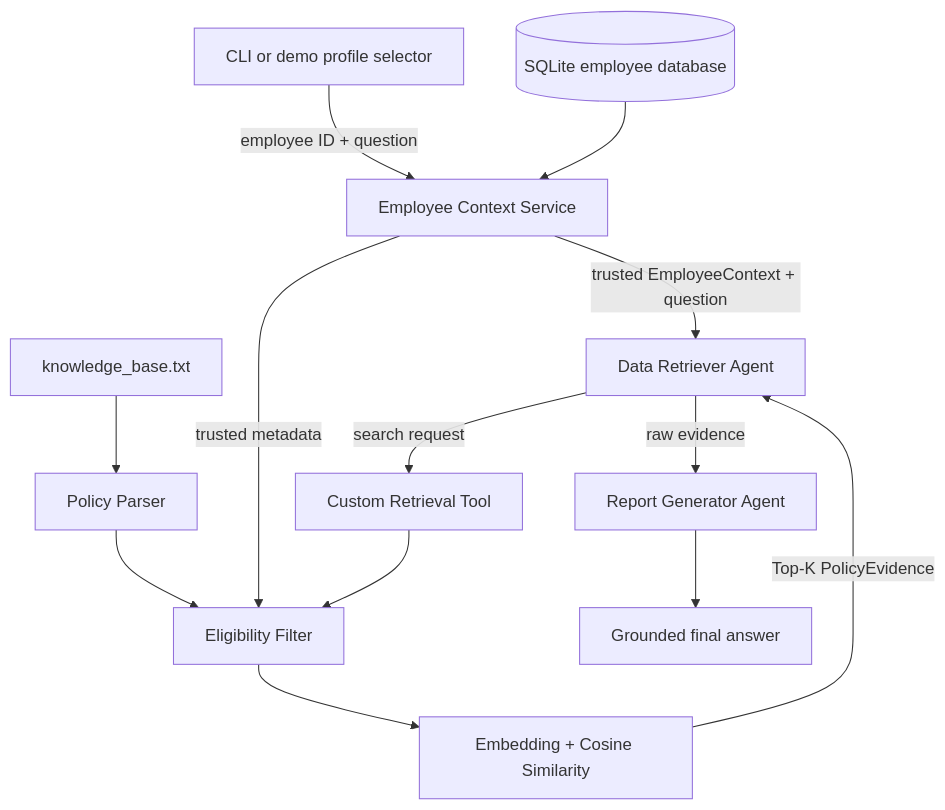
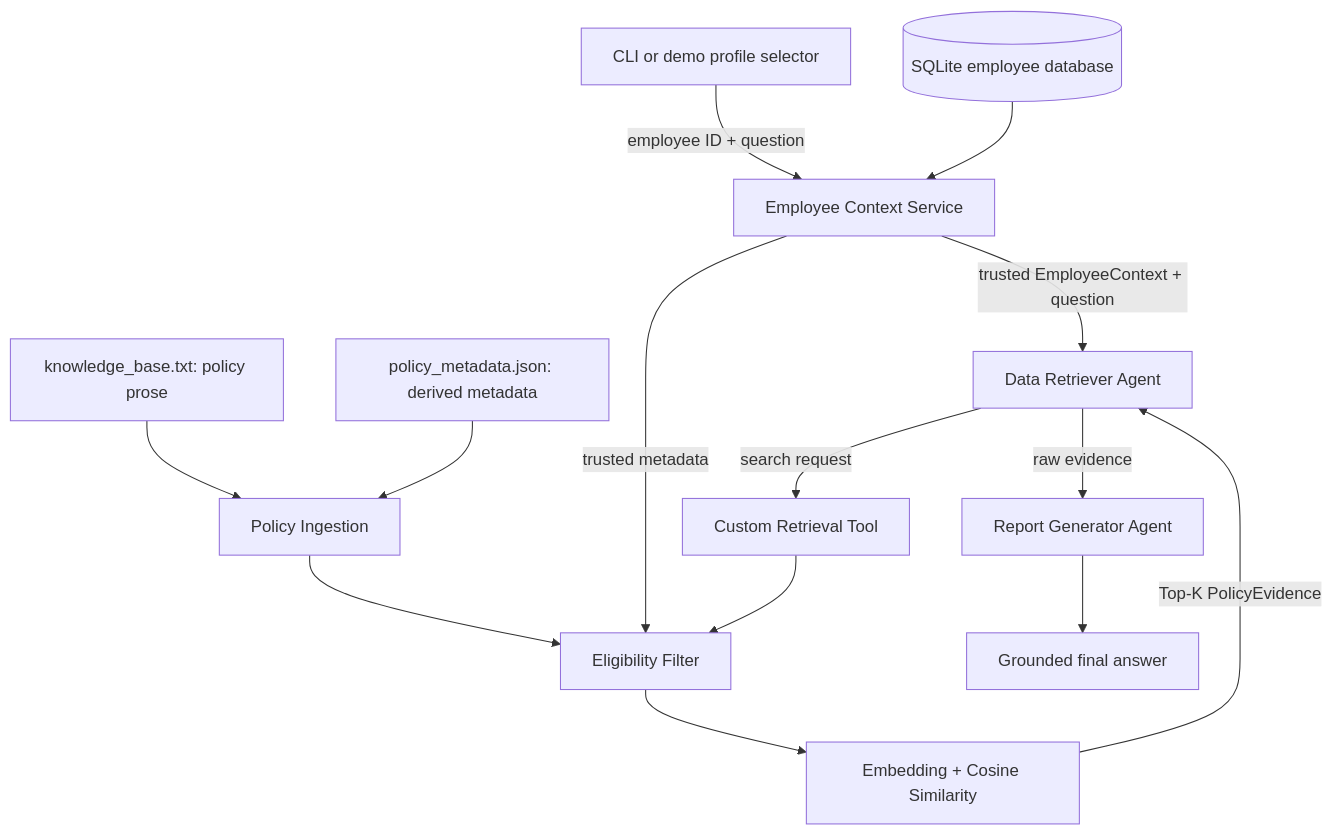
Before and after one commit to Patipat-Panyasukum/bbl-agentic-rag-PatipatPa: the diagram in docs/ARCHITECTURE.md, drawn with Mermaid. The commit also changed other lines of this file and 38 other files, not shown here.

````diff
--- a/docs/ARCHITECTURE.md
+++ b/docs/ARCHITECTURE.md
@@ -17,15 +16,16 @@
 ```mermaid
 flowchart TD
     UI[CLI or demo profile selector] -->|employee ID + question| EC[Employee Context Service]
     DB[(SQLite employee database)] --> EC
     EC -->|trusted EmployeeContext + question| DR[Data Retriever Agent]
     DR -->|search request| RT[Custom Retrieval Tool]
-    KB[knowledge_base.txt] --> PP[Policy Parser]
+    KB[knowledge_base.txt: policy prose] --> PP[Policy Ingestion]
+    PM[policy_metadata.json: derived metadata] --> PP
     PP --> EF[Eligibility Filter]
     EC -->|trusted metadata| EF
     EF --> SR[Embedding + Cosine Similarity]
     RT --> EF
     SR -->|Top-K PolicyEvidence| DR
     DR -->|raw evidence| RG[Report Generator Agent]
     RG --> FA[Grounded final answer]
 ```
````
